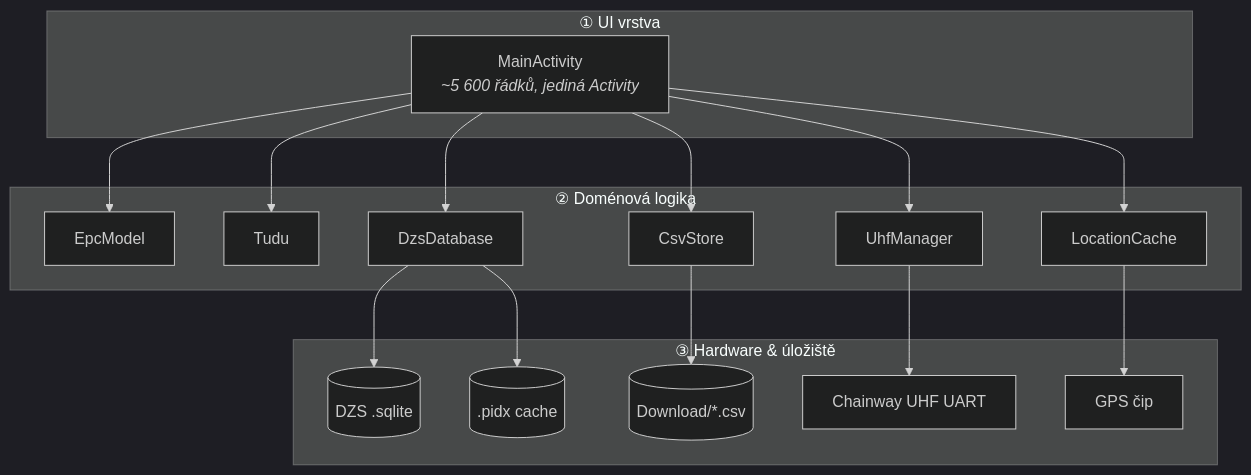
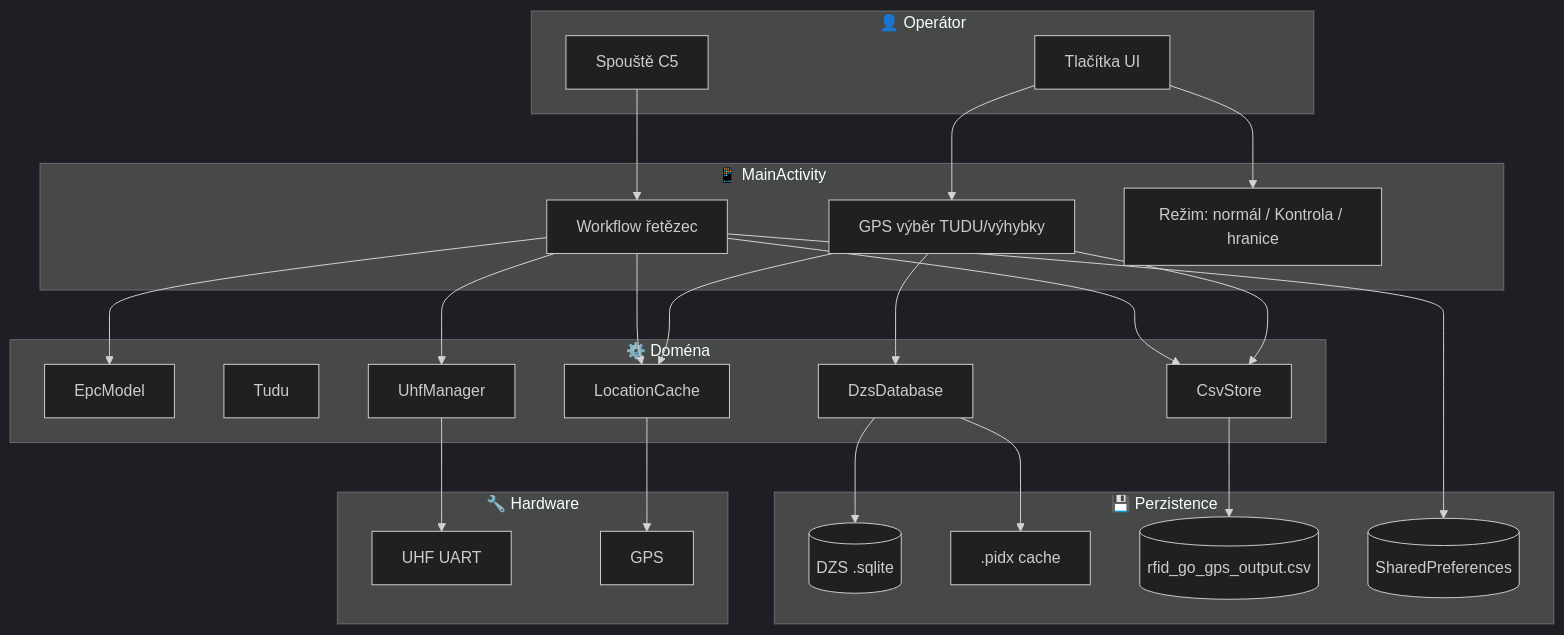
Before and after one commit to tofiapp/rfid_go_gps: the first of 8 diagrams in docs/prirucka-vyvojare.md, drawn with Mermaid (dark theme). The commit also changed other lines of this file and 3 other files, not shown here.

````diff
--- a/docs/prirucka-vyvojare.md
+++ b/docs/prirucka-vyvojare.md
@@ -21,29 +64,44 @@
 ```mermaid
 flowchart TB
-    subgraph UI["① UI vrstva"]
-        MA["MainActivity<br/><i>~5 600 řádků, jediná Activity</i>"]
+    subgraph OPERATOR["👤 Operátor"]
+        TRIG[Spouště C5]
+        UI_BTN[Tlačítka UI]
     end
 
-    subgraph LOGIC["② Doménová logika"]
-        EPC["EpcModel"]
-        TUDU["Tudu"]
-        DZS["DzsDatabase"]
-        CSV["CsvStore"]
-        UHF["UhfManager"]
-        LOC["LocationCache"]
+    subgraph APP["📱 MainActivity"]
+        WF[Workflow řetězec]
+        GPS_SEL[GPS výběr TUDU/výhybky]
+        MODE[Režim: normál / Kontrola / hranice]
     end
 
-    subgraph IO["③ Hardware & úložiště"]
-        READER["Chainway UHF UART"]
-        GPSHW["GPS čip"]
-        SQLITE[("DZS .sqlite")]
-        FILE[("Download/*.csv")]
-        CACHE[(".pidx cache")]
+    subgraph DOMAIN["⚙️ Doména"]
+        EPC[EpcModel]
+        TUDU[Tudu]
+        DZS[DzsDatabase]
+        CSV[CsvStore]
+        UHF[UhfManager]
+        LOC[LocationCache]
     end
 
-    MA --> EPC & TUDU & DZS & CSV & UHF & LOC
-    UHF --> READER
+    subgraph PERSIST["💾 Perzistence"]
+        DB[("DZS .sqlite")]
+        PIDX[".pidx cache"]
+        OUT[("rfid_go_gps_output.csv")]
+        PREFS[("SharedPreferences")]
+    end
+
+    subgraph HW["🔧 Hardware"]
+        RFID[UHF UART]
+        GPSHW[GPS]
+    end
+
+    TRIG --> WF
+    UI_BTN --> GPS_SEL & MODE
+    WF --> UHF & CSV & EPC & LOC
+    GPS_SEL --> DZS & LOC & CSV
+    DZS --> DB & PIDX
+    CSV --> OUT
+    WF --> PREFS
+    UHF --> RFID
     LOC --> GPSHW
-    DZS --> SQLITE & CACHE
-    CSV --> FILE
 ```
````
